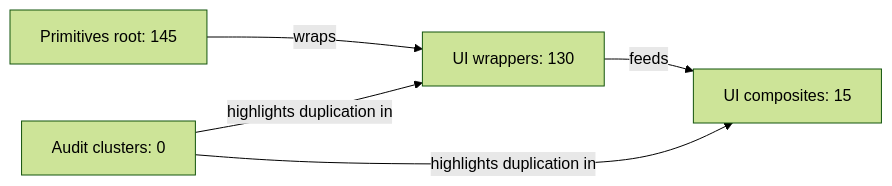
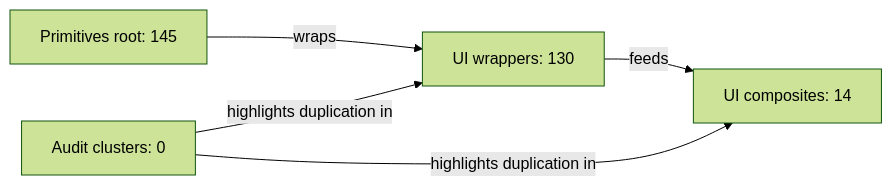
The first of 2 diagrams in reports/architecture-audit.md (rob-balfre/dryui), drawn with Mermaid (forest theme) before and after one commit. The commit also changed other lines of this file and 380 other files, not shown here.

````diff
--- a/reports/architecture-audit.md
+++ b/reports/architecture-audit.md
@@ -18,11 +18,11 @@
 ```mermaid
 flowchart LR
   p_root["Primitives root: 145"]
   u_wrap["UI wrappers: 130"]
-  u_comp["UI composites: 15"]
+  u_comp["UI composites: 14"]
   audit["Audit clusters: 0"]
   p_root -->|wraps| u_wrap
   u_wrap -->|feeds| u_comp
   audit -->|highlights duplication in| u_comp
   audit -->|highlights duplication in| u_wrap
 ```
````
